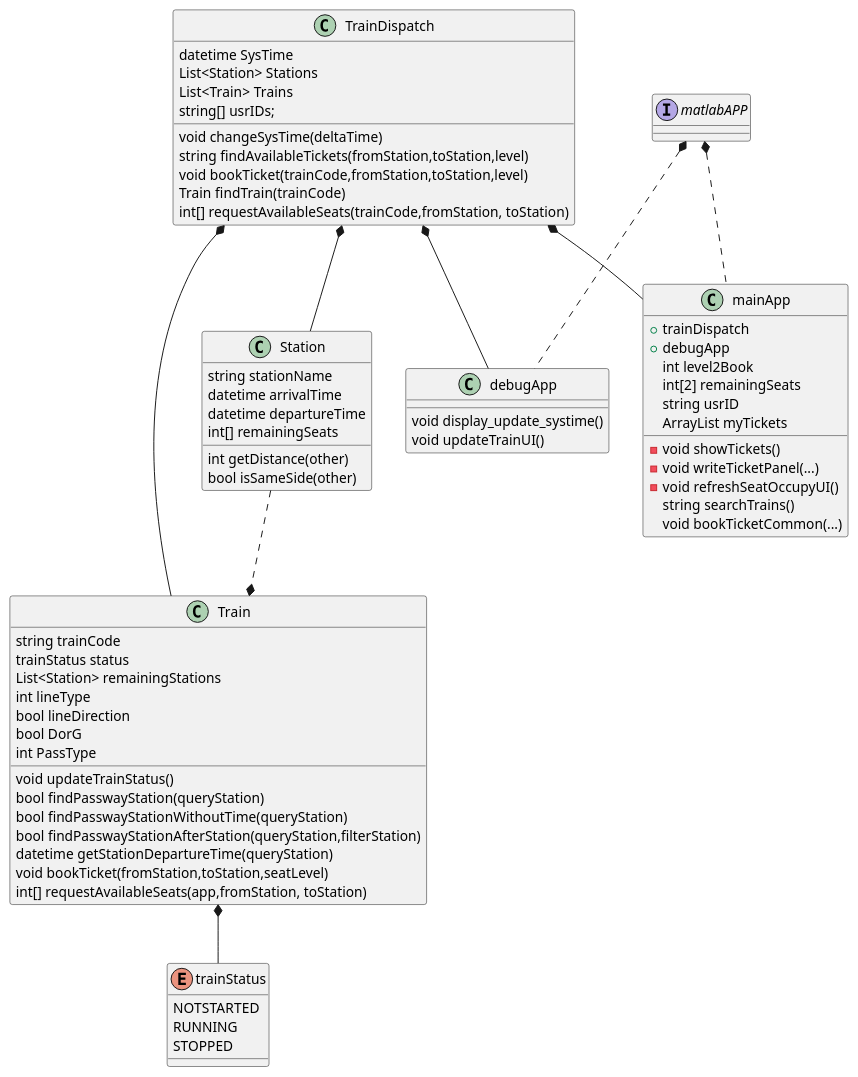
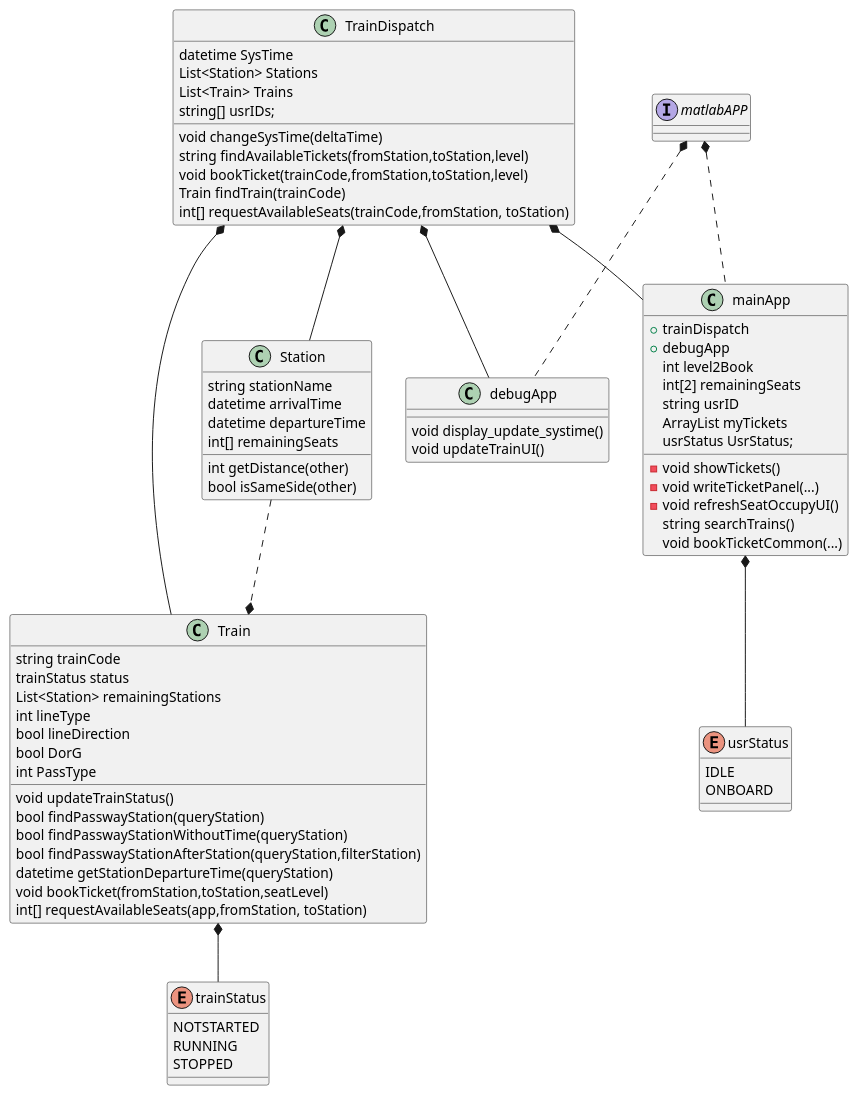
Before and after one commit to arnoliudaxia/CS132-12306: the diagram in docs/UML/ClassDiagram.puml, drawn with PlantUML. The commit also changed 1 other file, not shown here.

```diff
--- a/docs/UML/ClassDiagram.puml
+++ b/docs/UML/ClassDiagram.puml
@@ -1,96 +1,102 @@
 @startuml
 'https://plantuml.com/class-diagram
 
 class TrainDispatch{
 datetime SysTime
 List<Station> Stations
 List<Train> Trains
 string[] usrIDs;
 
 
 void changeSysTime(deltaTime)
 string findAvailableTickets(fromStation,toStation,level)
 void bookTicket(trainCode,fromStation,toStation,level)
 Train findTrain(trainCode)
 int[] requestAvailableSeats(trainCode,fromStation, toStation)
 
 }
 
 class Train{
  string trainCode
  trainStatus status
  List<Station> remainingStations
  int lineType
  bool lineDirection
  bool DorG
  int PassType
 
  void updateTrainStatus()
  bool findPasswayStation(queryStation)
  bool findPasswayStationWithoutTime(queryStation)
  bool findPasswayStationAfterStation(queryStation,filterStation)
  datetime getStationDepartureTime(queryStation)
  void bookTicket(fromStation,toStation,seatLevel)
 int[] requestAvailableSeats(app,fromStation, toStation)
 
 }
 
 class Station{
     string stationName
     datetime arrivalTime
     datetime departureTime
  int[] remainingSeats
 
 
     int getDistance(other)
     bool isSameSide(other)
 }
 
 TrainDispatch *-- Train
 TrainDispatch *-- Station
 
 
 Station ..* Train
 
 
 
 enum trainStatus{
     NOTSTARTED
     RUNNING
     STOPPED
 }
 
 Train *-- trainStatus
 
 interface matlabAPP{
 
 }
 
 class debugApp{
     void display_update_systime()
     void updateTrainUI()
 }
 TrainDispatch *-- debugApp
 matlabAPP *.. debugApp
 
 class mainApp{
     +trainDispatch
     +debugApp
     int level2Book
     int[2] remainingSeats
     string usrID
     ArrayList myTickets
+    usrStatus UsrStatus;
 
     -void showTickets()
     -void writeTicketPanel(...)
     -void refreshSeatOccupyUI()
     string searchTrains()
     void bookTicketCommon(...)
 }
+enum usrStatus{
+    IDLE
+    ONBOARD
+}
+mainApp *-- usrStatus
 TrainDispatch *-- mainApp
 matlabAPP *.. mainApp
 
 
 
 
 @enduml
```
